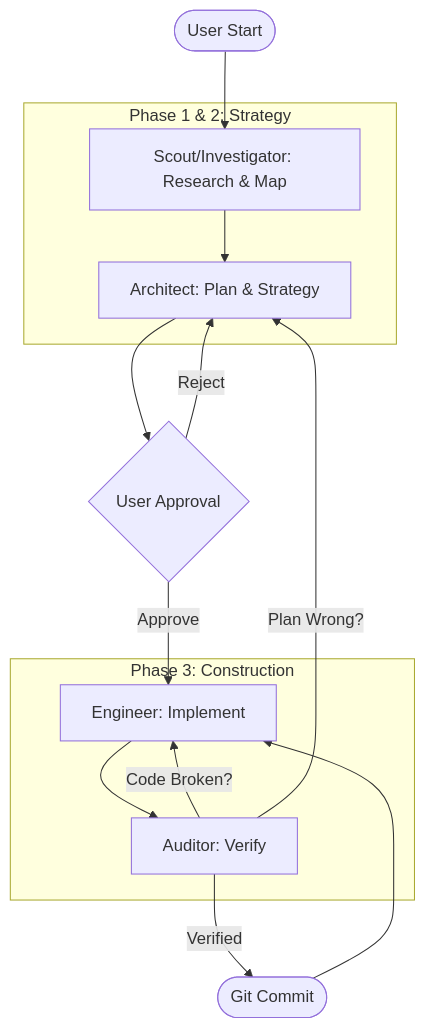
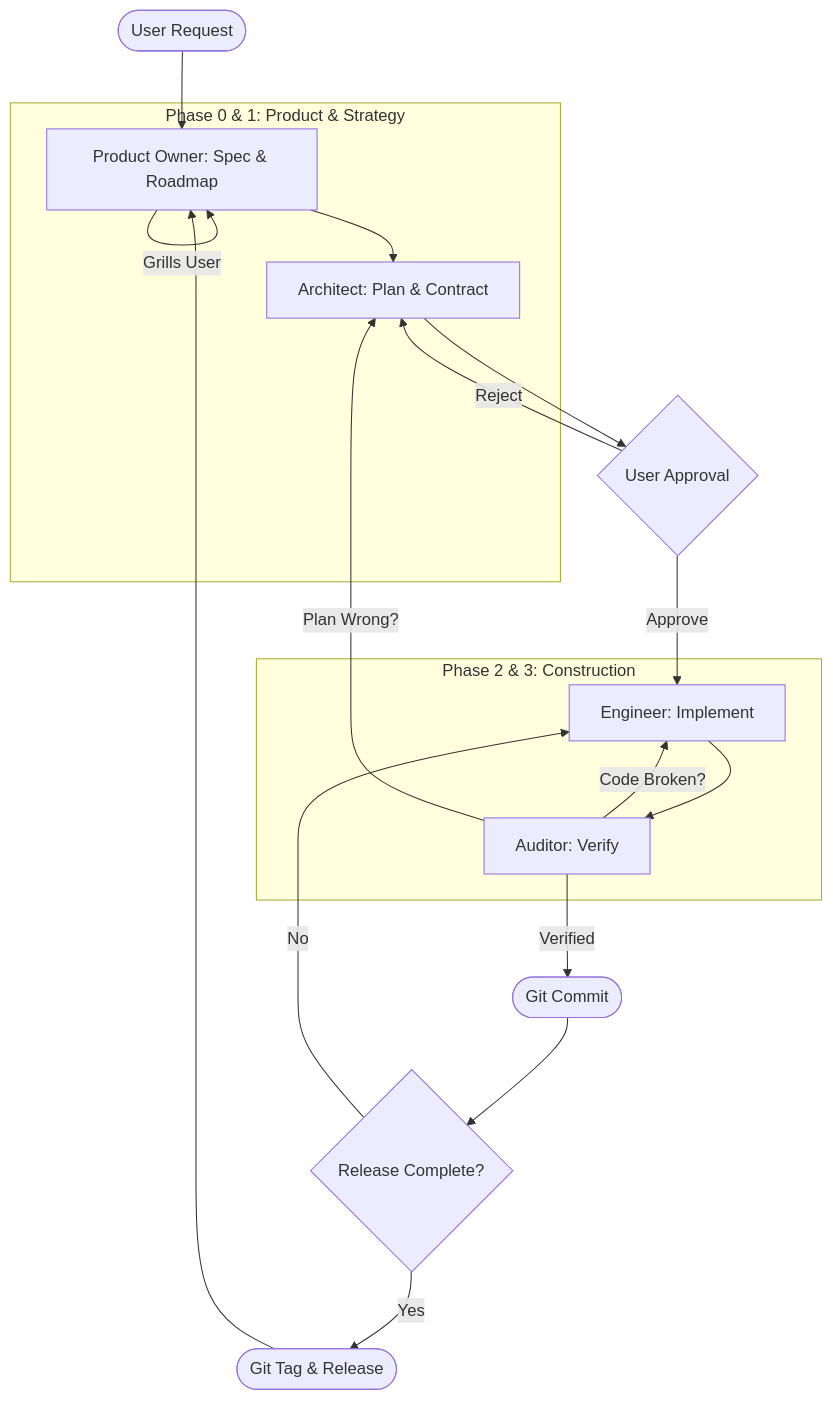
One commit to jjdelorme/plan-commands changed the diagram in README.md. Above: the diagram before and after it, drawn with Mermaid. The commit also changed other lines of this file and 3 other files, not shown here.

Commit message:
feat: introduce product owner and spec-driven workflow

````diff
--- a/README.md
+++ b/README.md
@@ -49,30 +50,34 @@
 ```mermaid
 graph TD
     %% Roles
-    subgraph "Phase 1 & 2: Strategy"
-        Scout["Scout/Investigator: Research & Map"]
-        Architect["Architect: Plan & Strategy"]
+    subgraph "Phase 0 & 1: Product & Strategy"
+        PO["Product Owner: Spec & Roadmap"]
+        Architect["Architect: Plan & Contract"]
     end
 
-    subgraph "Phase 3: Construction"
+    subgraph "Phase 2 & 3: Construction"
         Engineer["Engineer: Implement"]
         Auditor["Auditor: Verify"]
     end
 
     %% Flow
-    Start(["User Start"]) --> Scout
-    Scout --> Architect
+    Start(["User Request"]) --> PO
+    PO -- Grills User --> PO
+    PO --> Architect
     Architect --> Review{"User Approval"}
 
     Review -- Reject --> Architect
     Review -- Approve --> Engineer
 
     Engineer --> Auditor
 
     %% The Three-Way Fork
     Auditor -- Code Broken? --> Engineer
     Auditor -- Plan Wrong? --> Architect
     Auditor -- Verified --> Commit(["Git Commit"])
     
-    Commit --> Engineer
+    Commit --> CheckRelease{"Release Complete?"}
+    CheckRelease -- No --> Engineer
+    CheckRelease -- Yes --> Tag(["Git Tag & Release"])
+    Tag --> PO
 ```
````
